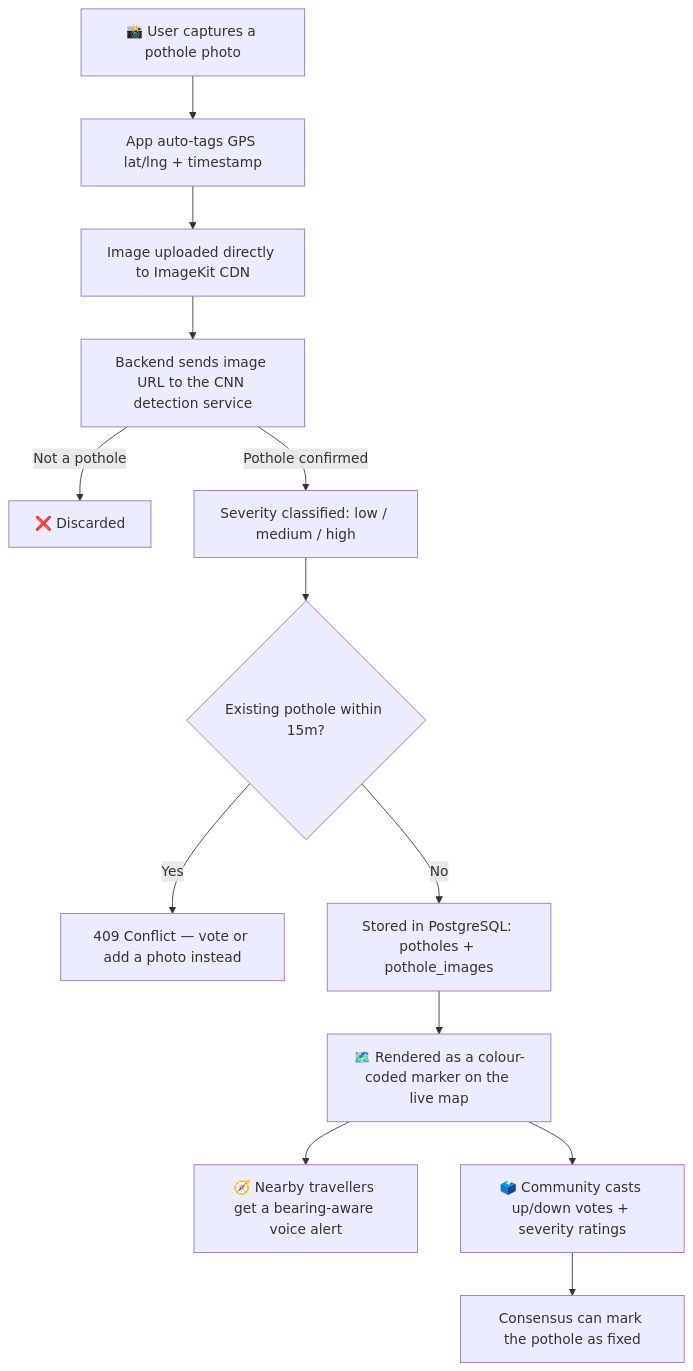
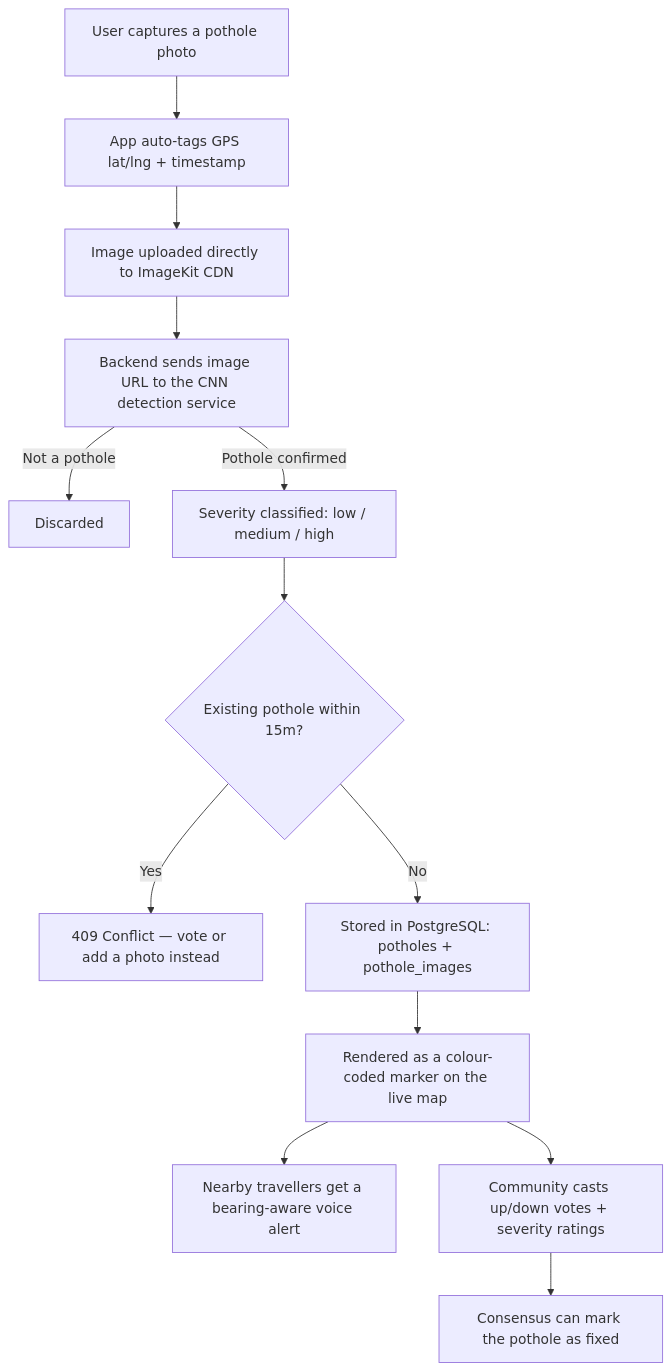
Before and after one commit to mdtabrezhossain/pothole-detection-alert-system: the first of 2 diagrams in README.md, drawn with Mermaid. The commit also changed other lines of this file, not shown here.

````diff
--- a/README.md
+++ b/README.md
@@ -40,15 +40,15 @@
 ```mermaid
 flowchart TD
-    A["📸 User captures a pothole photo"] --> B["App auto-tags GPS lat/lng + timestamp"]
+    A["User captures a pothole photo"] --> B["App auto-tags GPS lat/lng + timestamp"]
     B --> C["Image uploaded directly to ImageKit CDN"]
     C --> D["Backend sends image URL to the CNN detection service"]
-    D -->|Not a pothole| X["❌ Discarded"]
+    D -->|Not a pothole| X["Discarded"]
     D -->|Pothole confirmed| E["Severity classified: low / medium / high"]
     E --> F{"Existing pothole within 15m?"}
     F -->|Yes| G["409 Conflict — vote or add a photo instead"]
     F -->|No| H["Stored in PostgreSQL: potholes + pothole_images"]
-    H --> I["🗺️ Rendered as a colour-coded marker on the live map"]
-    I --> J["🧭 Nearby travellers get a bearing-aware voice alert"]
-    I --> K["🗳️ Community casts up/down votes + severity ratings"]
+    H --> I["Rendered as a colour-coded marker on the live map"]
+    I --> J["Nearby travellers get a bearing-aware voice alert"]
+    I --> K["Community casts up/down votes + severity ratings"]
     K --> L["Consensus can mark the pothole as fixed"]
 ```
````
